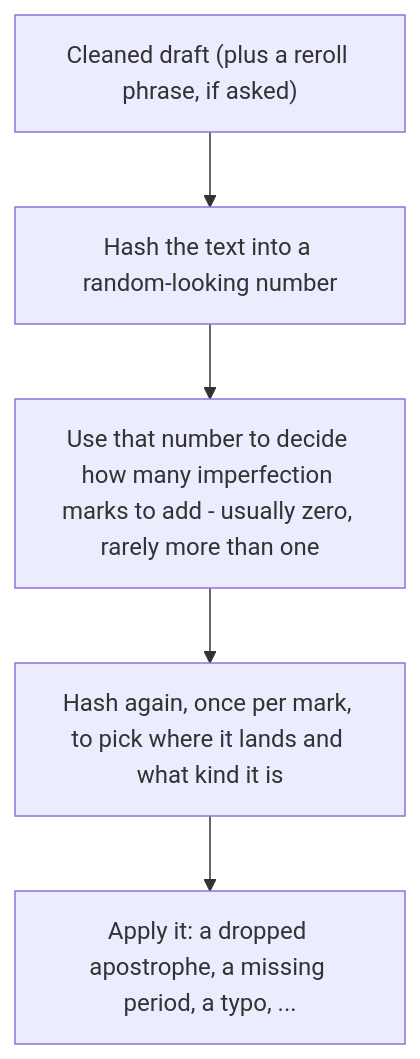
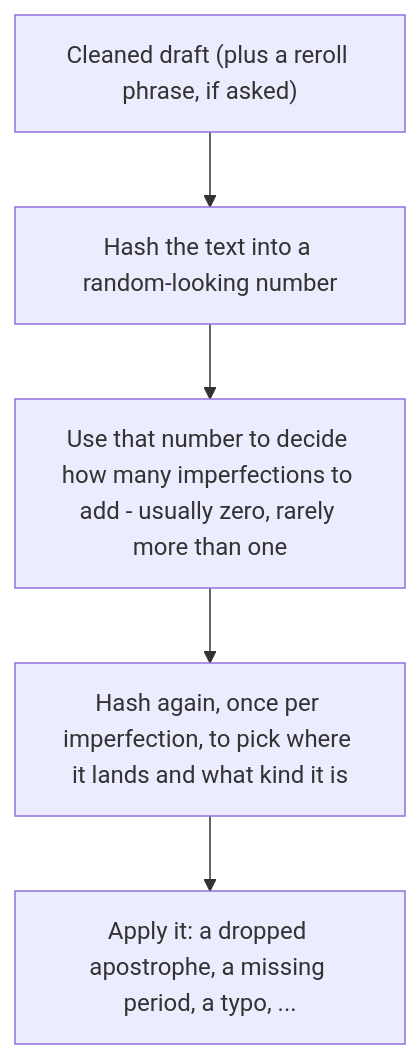
The diagram in README.md (wilu222/unpolish-ai-writing), drawn with Mermaid before and after one commit. The commit also changed 2 other files, not shown here.

Commit message:
remove previously hallucinated word list items

````diff
--- a/README.md
+++ b/README.md
@@ -55,7 +55,7 @@
 ```mermaid
 flowchart TD
   draft["Cleaned draft (plus a reroll phrase, if asked)"] --> hash1["Hash the text into a random-looking number"]
-  hash1 --> count["Use that number to decide how many imperfection marks to add - usually zero, rarely more than one"]
-  count --> hash2["Hash again, once per mark, to pick where it lands and what kind it is"]
+  hash1 --> count["Use that number to decide how many imperfections to add - usually zero, rarely more than one"]
+  count --> hash2["Hash again, once per imperfection, to pick where it lands and what kind it is"]
   hash2 --> apply["Apply it: a dropped apostrophe, a missing period, a typo, ..."]
 ```
````
